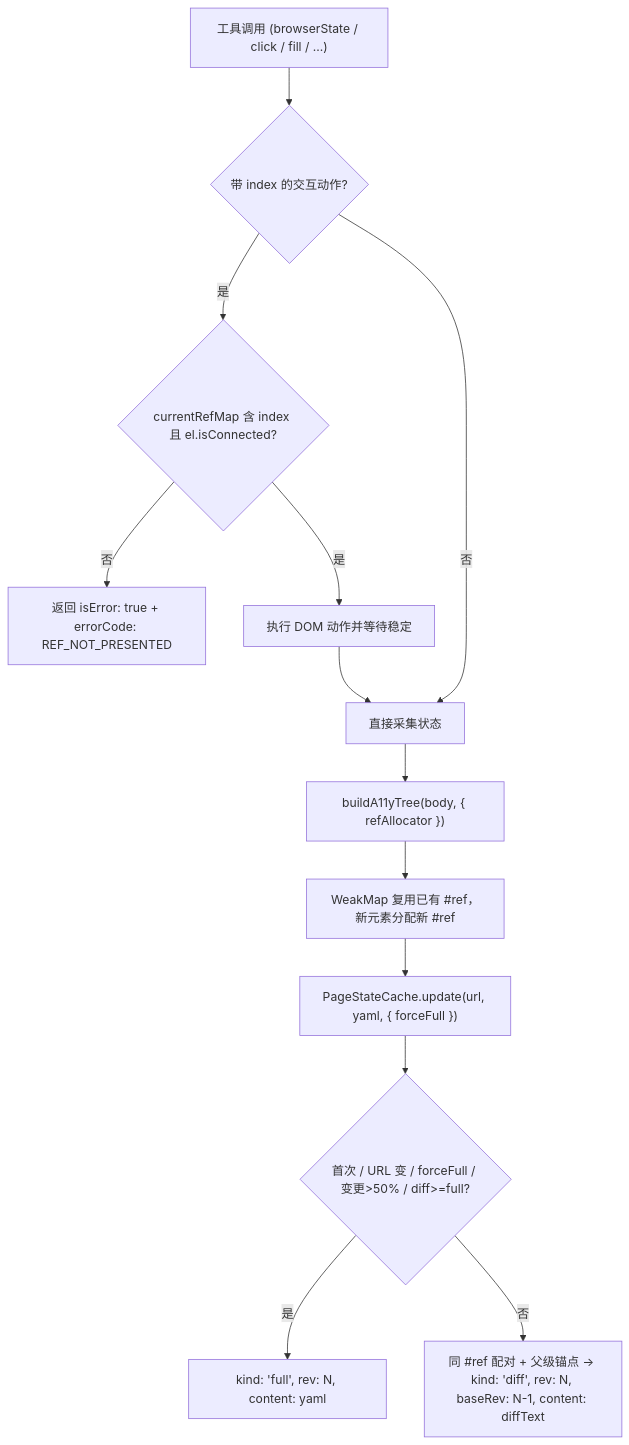
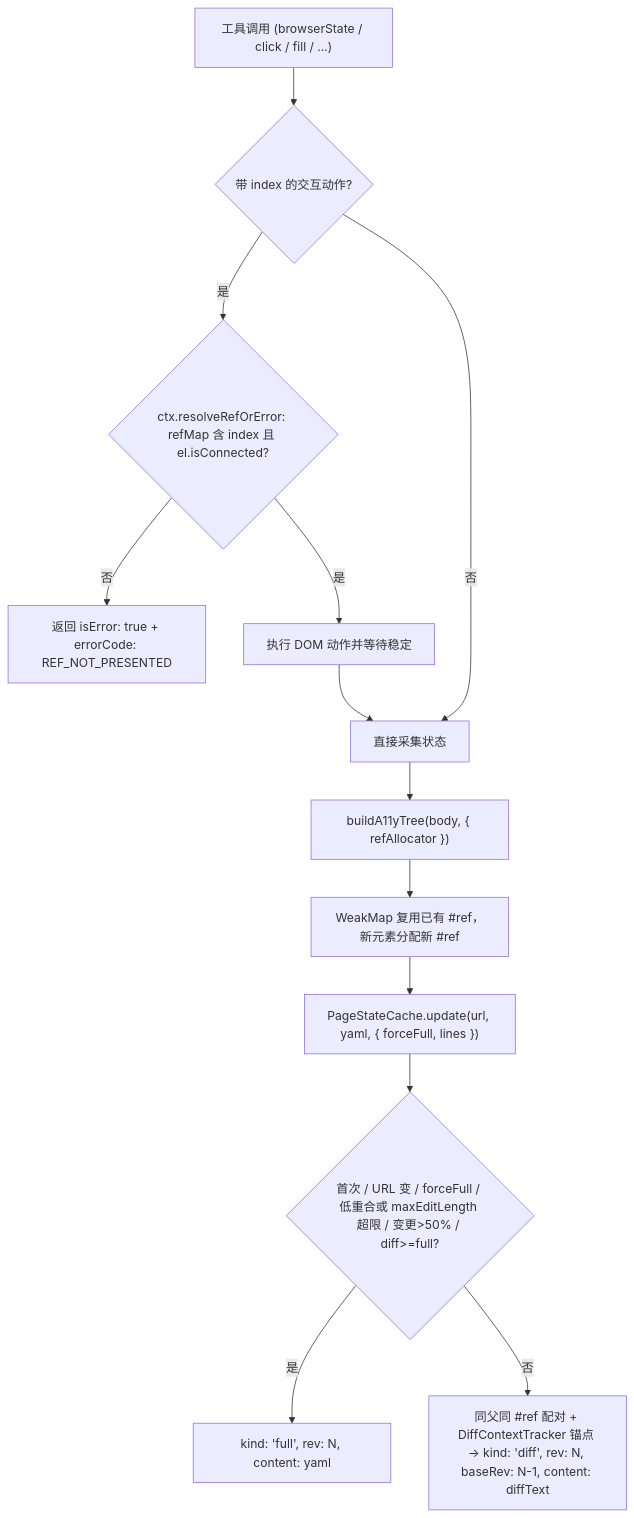
The diagram in packages/next-sdk/specs/REQ-20261123-stable-ref-diff/design.md (opentiny/webmcp-sdk), drawn with Mermaid before and after one commit. The commit also changed other lines of this file and 15 other files, not shown here.

````diff
--- a/packages/next-sdk/specs/REQ-20261123-stable-ref-diff/design.md
+++ b/packages/next-sdk/specs/REQ-20261123-stable-ref-diff/design.md
@@ -140,15 +147,15 @@
 ```mermaid
 flowchart TD
   A["工具调用 (browserState / click / fill / ...)"] --> B{"带 index 的交互动作?"}
-  B -->|是| C{"currentRefMap 含 index 且 el.isConnected?"}
+  B -->|是| C{"ctx.resolveRefOrError: refMap 含 index 且 el.isConnected?"}
   C -->|否| D["返回 isError: true + errorCode: REF_NOT_PRESENTED"]
   C -->|是| E["执行 DOM 动作并等待稳定"]
   B -->|否| F["直接采集状态"]
   E --> F
   F --> G["buildA11yTree(body, { refAllocator })"]
   G --> H["WeakMap 复用已有 #ref，新元素分配新 #ref"]
-  H --> I["PageStateCache.update(url, yaml, { forceFull })"]
-  I --> J{"首次 / URL 变 / forceFull / 变更>50% / diff>=full?"}
+  H --> I["PageStateCache.update(url, yaml, { forceFull, lines })"]
+  I --> J{"首次 / URL 变 / forceFull / 低重合或 maxEditLength 超限 / 变更>50% / diff>=full?"}
   J -->|是| K["kind: 'full', rev: N, content: yaml"]
-  J -->|否| L["同 #ref 配对 + 父级锚点 → kind: 'diff', rev: N, baseRev: N-1, content: diffText"]
+  J -->|否| L["同父同 #ref 配对 + DiffContextTracker 锚点 → kind: 'diff', rev: N, baseRev: N-1, content: diffText"]
 ```
````
